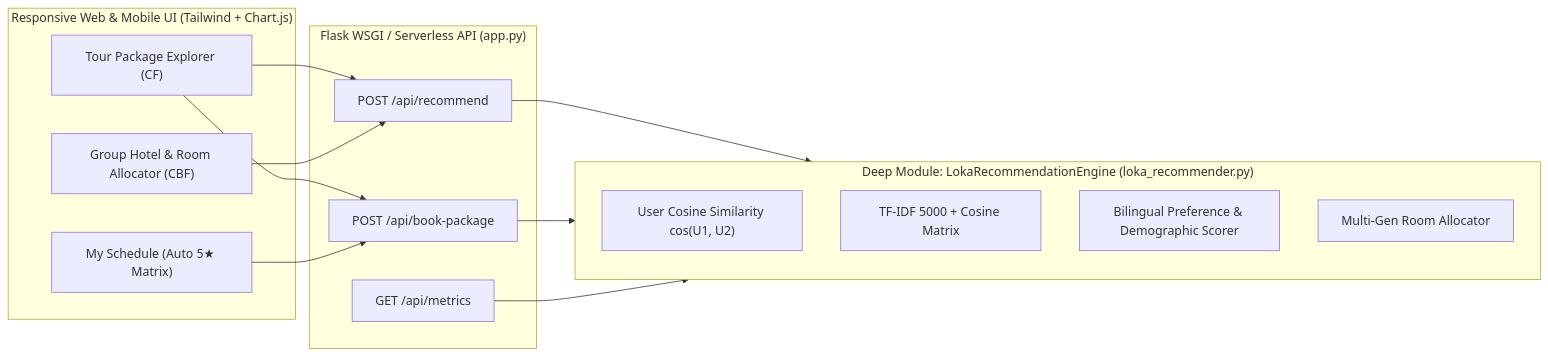
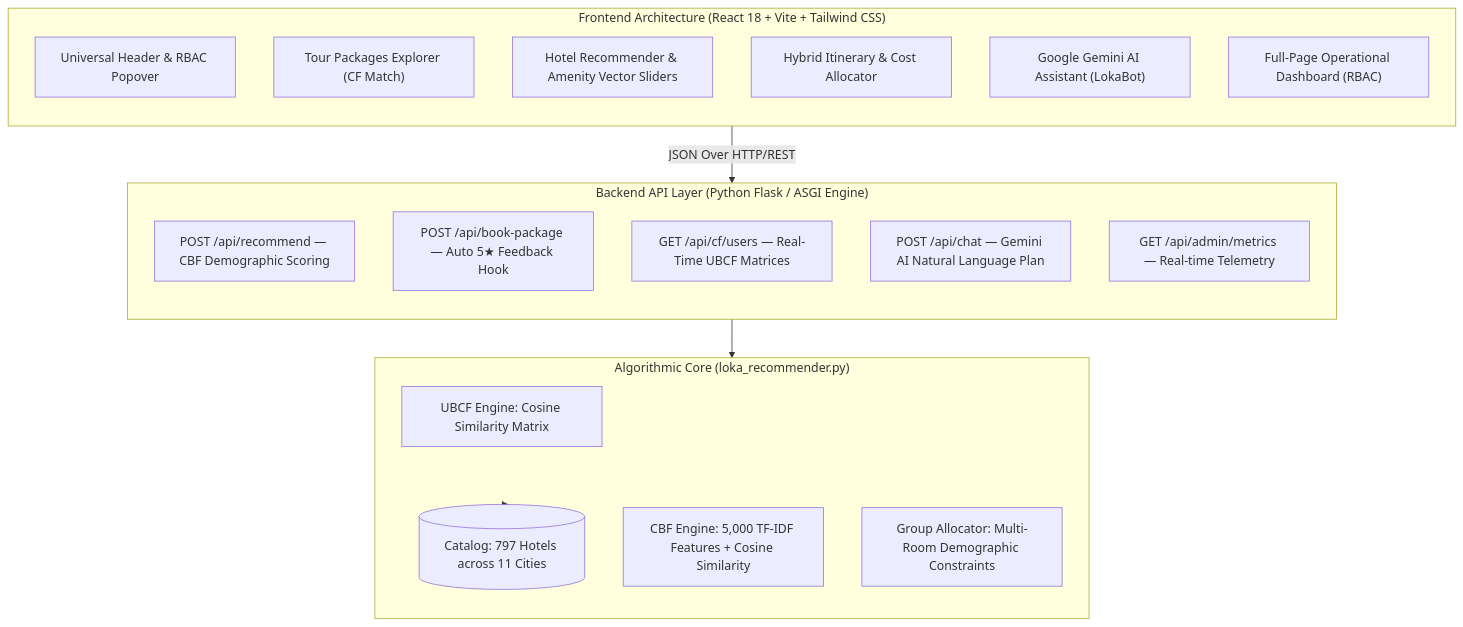
The diagram in README.md (fauzinoorsyabani/Loka-Travel), drawn with Mermaid before and after one commit. The commit also changed other lines of this file and 4 other files, not shown here.

Commit message:
docs: enrich README with research metrics & architecture, add MIT license, remove legacy artifacts

````diff
--- a/README.md
+++ b/README.md
@@ -58,26 +60,33 @@
 ```mermaid
-flowchart LR
-  subgraph Client["Responsive Web & Mobile UI (Tailwind + Chart.js)"]
-    UI_CF["Tour Package Explorer (CF)"]
-    UI_Hotel["Group Hotel & Room Allocator (CBF)"]
-    UI_Sched["My Schedule (Auto 5★ Matrix)"]
+flowchart TD
+  subgraph Frontend["Frontend Architecture (React 18 + Vite + Tailwind CSS)"]
+    direction TB
+    Navbar["Universal Header & RBAC Popover"]
+    Tours["Tour Packages Explorer (CF Match)"]
+    Hotels["Hotel Recommender & Amenity Vector Sliders"]
+    Itinerary["Hybrid Itinerary & Cost Allocator"]
+    Chatbot["Google Gemini AI Assistant (LokaBot)"]
+    Dashboard["Full-Page Operational Dashboard (RBAC)"]
   end
 
-  subgraph API["Flask WSGI / Serverless API (app.py)"]
-    R1["POST /api/recommend"]
-    R2["POST /api/book-package"]
-    R3["GET /api/metrics"]
+  subgraph API["Backend API Layer (Python Flask / ASGI Engine)"]
+    direction TB
+    EP_Rec["POST /api/recommend — CBF Demographic Scoring"]
+    EP_Book["POST /api/book-package — Auto 5★ Feedback Hook"]
+    EP_CF["GET /api/cf/users — Real-Time UBCF Matrices"]
+    EP_Chat["POST /api/chat — Gemini AI Natural Language Plan"]
+    EP_Admin["GET /api/admin/metrics — Real-time Telemetry"]
   end
 
-  subgraph Engine["Deep Module: LokaRecommendationEngine (loka_recommender.py)"]
-    CF["User Cosine Similarity cos(U1, U2)"]
-    TFIDF["TF-IDF 5000 + Cosine Matrix"]
-    Bilingual["Bilingual Preference & Demographic Scorer"]
-    Alloc["Multi-Gen Room Allocator"]
+  subgraph Engine["Algorithmic Core (loka_recommender.py)"]
+    direction TB
+    UBCF["UBCF Engine: Cosine Similarity Matrix"]
+    CBF["CBF Engine: 5,000 TF-IDF Features + Cosine Similarity"]
+    GroupAlloc["Group Allocator: Multi-Room Demographic Constraints"]
+    HotelDB[("Catalog: 797 Hotels across 11 Cities")]
   end
 
-  UI_CF --> R1 & R2
-  UI_Hotel --> R1
-  UI_Sched --> R2
-  R1 & R2 & R3 --> Engine
+  Frontend -->|JSON Over HTTP/REST| API
+  API --> Engine
+  Engine --> HotelDB
 ```
````
